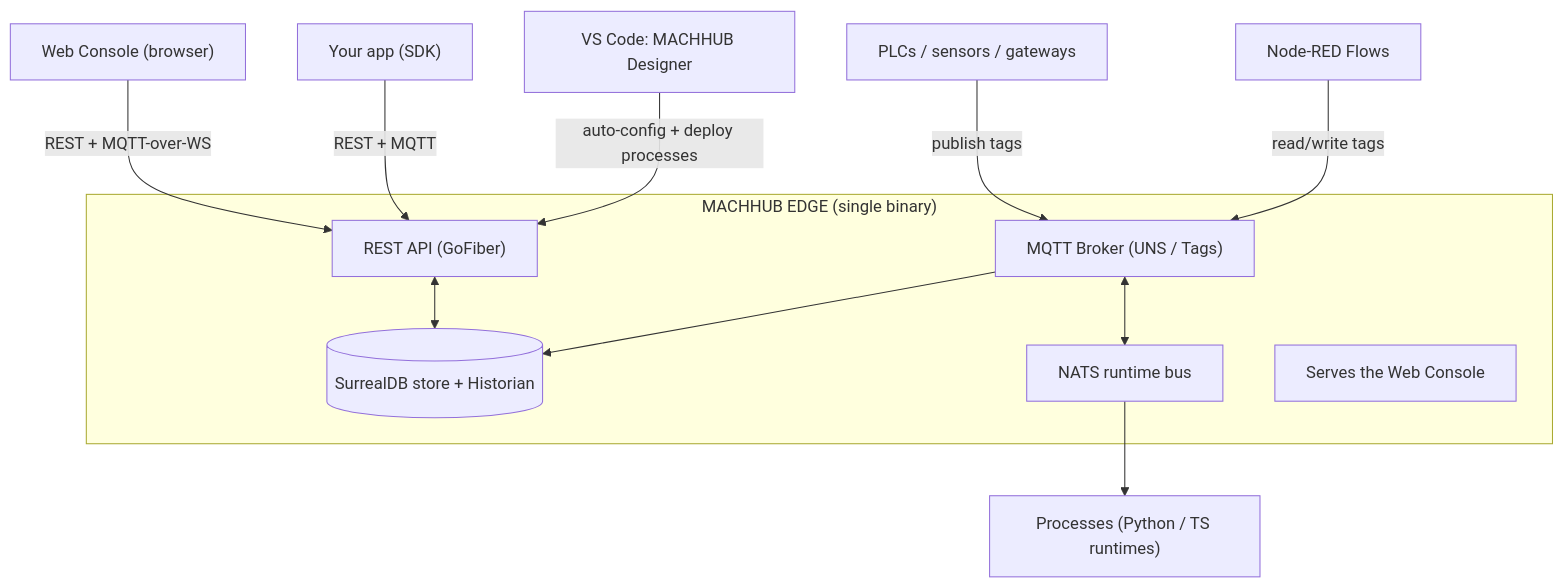
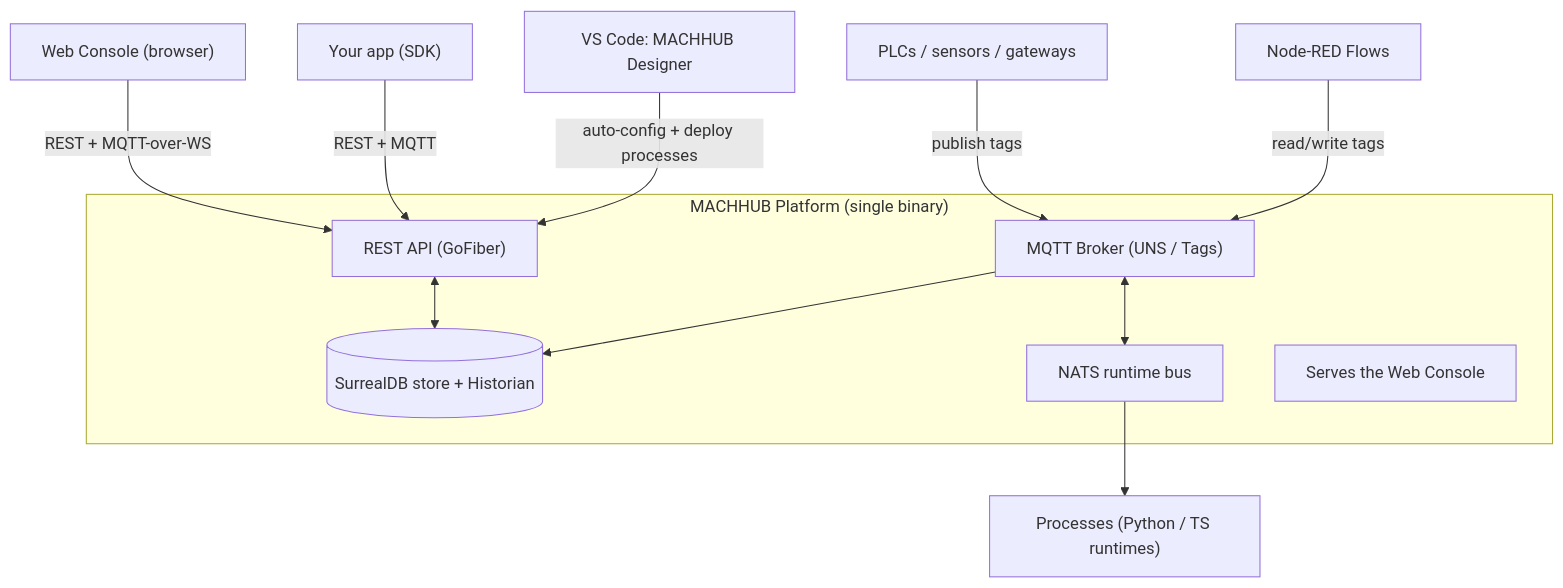
One commit to machhub-dev/docs changed the diagram in src/content/docs/start-here/introduction.md. Above: the diagram before and after it, drawn with Mermaid. The commit also changed other lines of this file and 24 other files, not shown here.

First line of the commit message:
docs: rename product from "MACHHUB EDGE" to "MACHHUB Platform"

````diff
--- a/src/content/docs/start-here/introduction.md
+++ b/src/content/docs/start-here/introduction.md
@@ -51,21 +51,21 @@
 ```mermaid
 flowchart TB
-  subgraph EDGE["MACHHUB EDGE (single binary)"]
+  subgraph EDGE["MACHHUB Platform (single binary)"]
     API["REST API (GoFiber)"]
     MQTT["MQTT Broker (UNS / Tags)"]
     NATS["NATS runtime bus"]
     DB[("SurrealDB store + Historian")]
     UIsTATIC["Serves the Web Console"]
   end
 
   Devices["PLCs / sensors / gateways"] -- "publish tags" --> MQTT
   Console["Web Console (browser)"] -- "REST + MQTT-over-WS" --> API
   App["Your app (SDK)"] -- "REST + MQTT" --> API
   Designer["VS Code: MACHHUB Designer"] -- "auto-config + deploy processes" --> API
 
   API <--> DB
   MQTT --> DB
   MQTT <--> NATS
   NATS --> Procs["Processes (Python / TS runtimes)"]
   Flows["Node-RED Flows"] -- "read/write tags" --> MQTT
 ```
````
